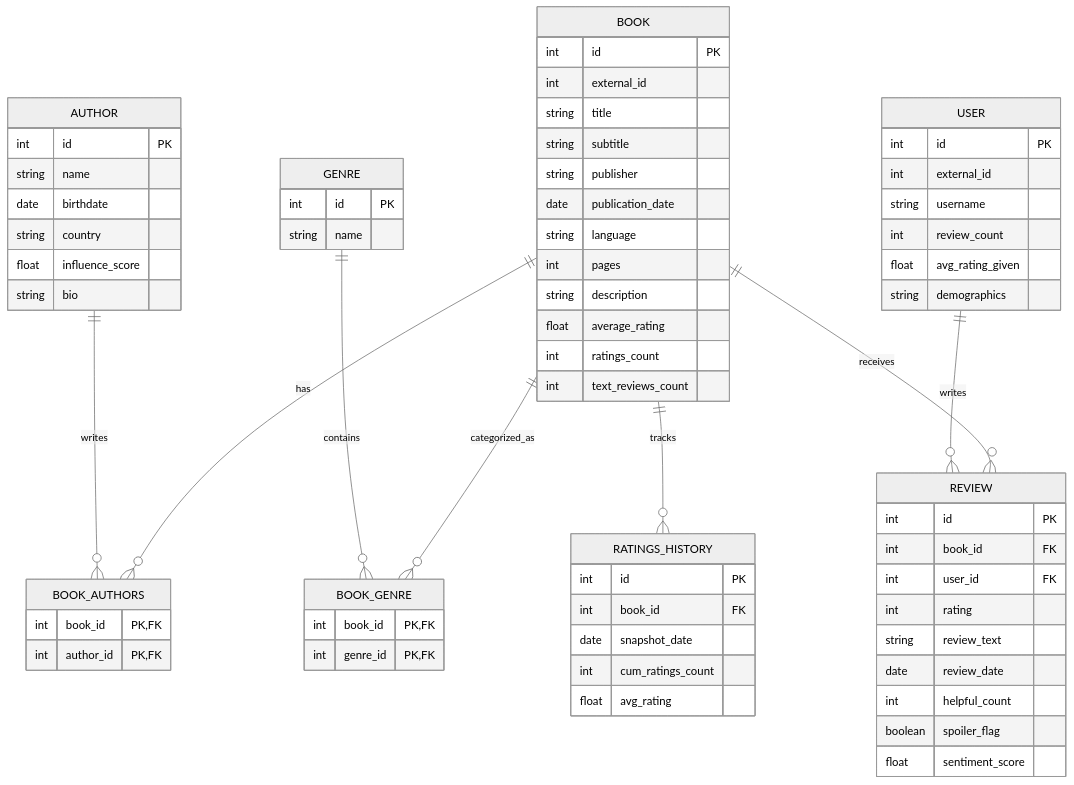
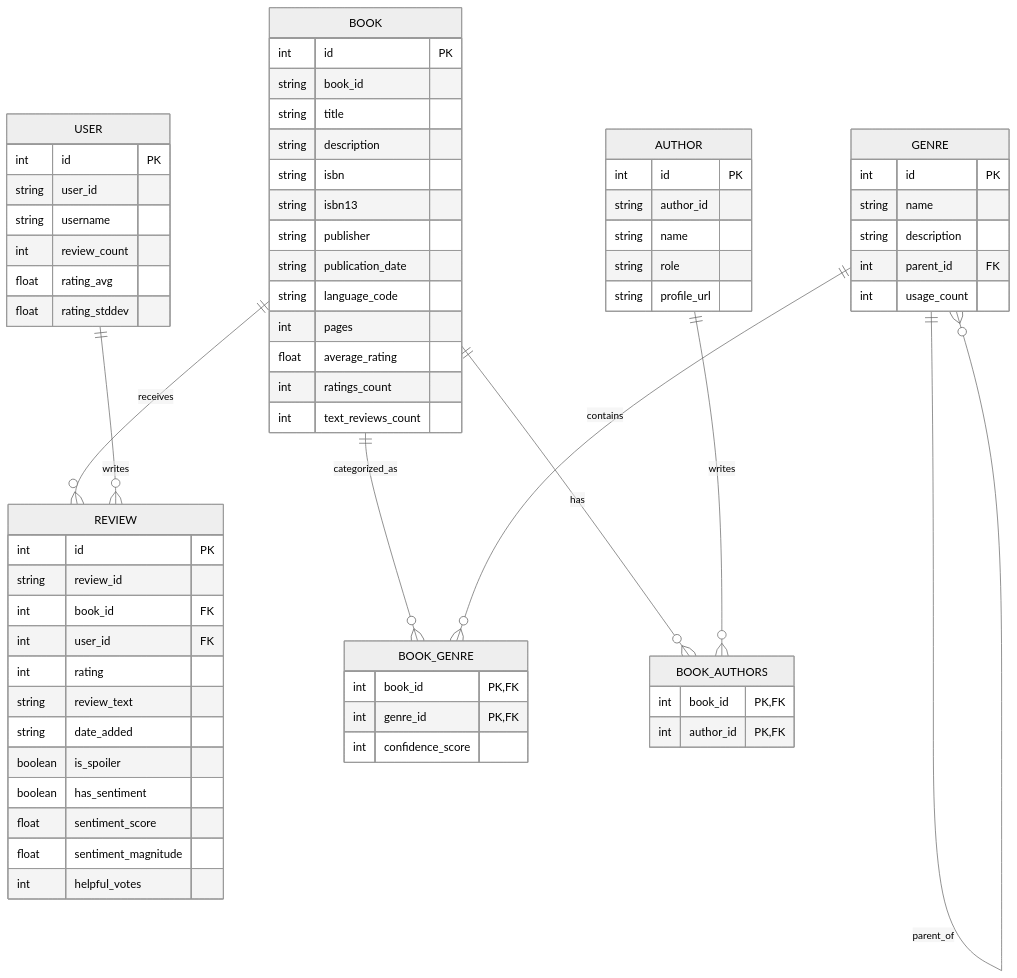
The diagram in README.md (mdb42/goodreads), drawn with Mermaid (neutral theme) before and after one commit. The commit also changed other lines of this file and 24 other files, not shown here.

````diff
--- a/README.md
+++ b/README.md
@@ -55,78 +51,77 @@
 ```mermaid
 erDiagram
     BOOK {
         int id PK
-        int external_id
+        string book_id
         string title
-        string subtitle
+        string description
+        string isbn
+        string isbn13
         string publisher
-        date publication_date
-        string language
+        string publication_date
+        string language_code
         int pages
-        string description
         float average_rating
         int ratings_count
         int text_reviews_count
     }
     
     AUTHOR {
         int id PK
+        string author_id
         string name
-        date birthdate
-        string country
-        float influence_score
-        string bio
+        string role
+        string profile_url
     }
     
     USER {
         int id PK
-        int external_id
+        string user_id
         string username
         int review_count
-        float avg_rating_given
-        string demographics
+        float rating_avg
+        float rating_stddev
     }
     
     REVIEW {
         int id PK
+        string review_id
         int book_id FK
         int user_id FK
         int rating
         string review_text
-        date review_date
-        int helpful_count
-        boolean spoiler_flag
+        string date_added
+        boolean is_spoiler
+        boolean has_sentiment
         float sentiment_score
+        float sentiment_magnitude
+        int helpful_votes
     }
     
     GENRE {
         int id PK
         string name
+        string description
+        int parent_id FK
+        int usage_count
     }
     
     BOOK_GENRE {
         int book_id PK,FK
         int genre_id PK,FK
+        int confidence_score
     }
     
     BOOK_AUTHORS {
         int book_id PK,FK
         int author_id PK,FK
-    }
-    
-    RATINGS_HISTORY {
-        int id PK
-        int book_id FK
-        date snapshot_date
-        int cum_ratings_count
-        float avg_rating
     }
     
     BOOK ||--o{ BOOK_AUTHORS : has
     AUTHOR ||--o{ BOOK_AUTHORS : writes
     BOOK ||--o{ BOOK_GENRE : categorized_as
     GENRE ||--o{ BOOK_GENRE : contains
     BOOK ||--o{ REVIEW : receives
     USER ||--o{ REVIEW : writes
-    BOOK ||--o{ RATINGS_HISTORY : tracks
+    GENRE ||--o{ GENRE : parent_of
 ```
````
